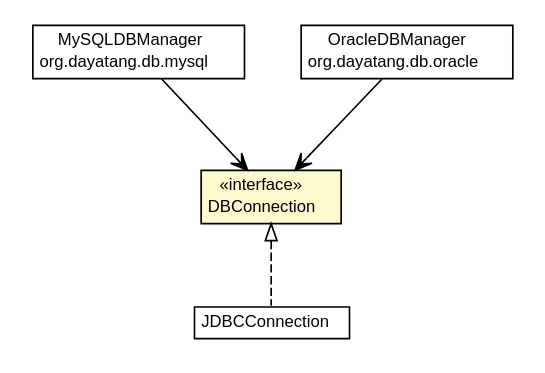
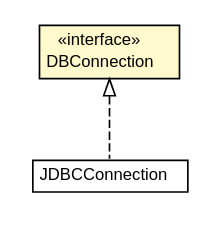
One commit to dayatang/dddlib changed the diagram in dddlib-db/apidocs/org/dayatang/db/DBConnection.dot. Above: the diagram before and after it, drawn with Graphviz. The commit also changed 263 other files, not shown here.

```diff
--- a/dddlib-db/apidocs/org/dayatang/db/DBConnection.dot
+++ b/dddlib-db/apidocs/org/dayatang/db/DBConnection.dot
@@ -1,45 +1,27 @@
 #!/usr/local/bin/dot
 #
 # Class diagram 
 # Generated by UMLGraph version R5_6_6-8-g8d7759 (http://www.umlgraph.org/)
 #
 
 digraph G {
 	edge [fontname="Helvetica",fontsize=10,labelfontname="Helvetica",labelfontsize=10];
 	node [fontname="Helvetica",fontsize=10,shape=plaintext];
 	nodesep=0.25;
 	ranksep=0.5;
 	// org.dayatang.db.JDBCConnection
-	c244 [label=<<table title="org.dayatang.db.JDBCConnection" border="0" cellborder="1" cellspacing="0" cellpadding="2" port="p" href="./JDBCConnection.html">
+	c224 [label=<<table title="org.dayatang.db.JDBCConnection" border="0" cellborder="1" cellspacing="0" cellpadding="2" port="p" href="./JDBCConnection.html">
 		<tr><td><table border="0" cellspacing="0" cellpadding="1">
 <tr><td align="center" balign="center"> JDBCConnection </td></tr>
 		</table></td></tr>
 		</table>>, URL="./JDBCConnection.html", fontname="Helvetica", fontcolor="black", fontsize=10.0];
 	// org.dayatang.db.DBConnection
-	c247 [label=<<table title="org.dayatang.db.DBConnection" border="0" cellborder="1" cellspacing="0" cellpadding="2" port="p" bgcolor="lemonChiffon" href="./DBConnection.html">
+	c227 [label=<<table title="org.dayatang.db.DBConnection" border="0" cellborder="1" cellspacing="0" cellpadding="2" port="p" bgcolor="lemonChiffon" href="./DBConnection.html">
 		<tr><td><table border="0" cellspacing="0" cellpadding="1">
 <tr><td align="center" balign="center"> &#171;interface&#187; </td></tr>
 <tr><td align="center" balign="center"> DBConnection </td></tr>
 		</table></td></tr>
 		</table>>, URL="./DBConnection.html", fontname="Helvetica", fontcolor="black", fontsize=10.0];
-	// org.dayatang.db.mysql.MySQLDBManager
-	c250 [label=<<table title="org.dayatang.db.mysql.MySQLDBManager" border="0" cellborder="1" cellspacing="0" cellpadding="2" port="p" href="./mysql/MySQLDBManager.html">
-		<tr><td><table border="0" cellspacing="0" cellpadding="1">
-<tr><td align="center" balign="center"> MySQLDBManager </td></tr>
-<tr><td align="center" balign="center"> org.dayatang.db.mysql </td></tr>
-		</table></td></tr>
-		</table>>, URL="./mysql/MySQLDBManager.html", fontname="Helvetica", fontcolor="black", fontsize=10.0];
-	// org.dayatang.db.oracle.OracleDBManager
-	c251 [label=<<table title="org.dayatang.db.oracle.OracleDBManager" border="0" cellborder="1" cellspacing="0" cellpadding="2" port="p" href="./oracle/OracleDBManager.html">
-		<tr><td><table border="0" cellspacing="0" cellpadding="1">
-<tr><td align="center" balign="center"> OracleDBManager </td></tr>
-<tr><td align="center" balign="center"> org.dayatang.db.oracle </td></tr>
-		</table></td></tr>
-		</table>>, URL="./oracle/OracleDBManager.html", fontname="Helvetica", fontcolor="black", fontsize=10.0];
 	//org.dayatang.db.JDBCConnection implements org.dayatang.db.DBConnection
-	c247:p -> c244:p [dir=back,arrowtail=empty,style=dashed];
-	// org.dayatang.db.mysql.MySQLDBManager NAVASSOC org.dayatang.db.DBConnection
-	c250:p -> c247:p [taillabel="", label=" "headlabel="", fontname="Helvetica", fontcolor="black", fontsize=10.0, color="black", arrowhead=open];
-	// org.dayatang.db.oracle.OracleDBManager NAVASSOC org.dayatang.db.DBConnection
-	c251:p -> c247:p [taillabel="", label=" "headlabel="", fontname="Helvetica", fontcolor="black", fontsize=10.0, color="black", arrowhead=open];
+	c227:p -> c224:p [dir=back,arrowtail=empty,style=dashed];
 }
```
